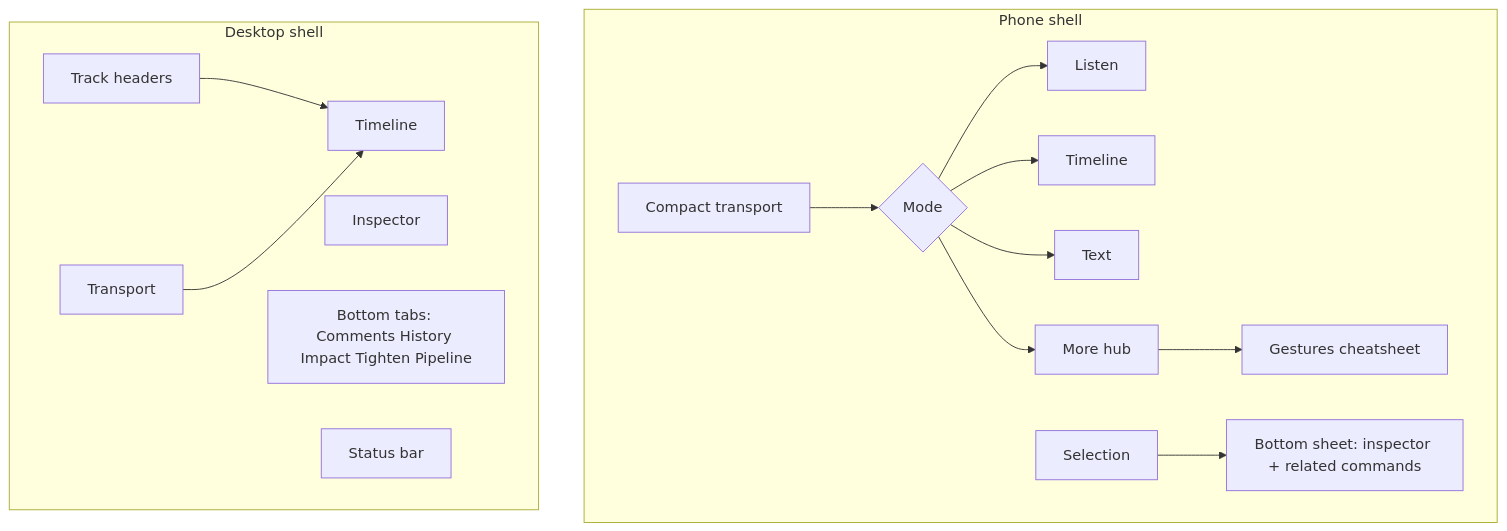
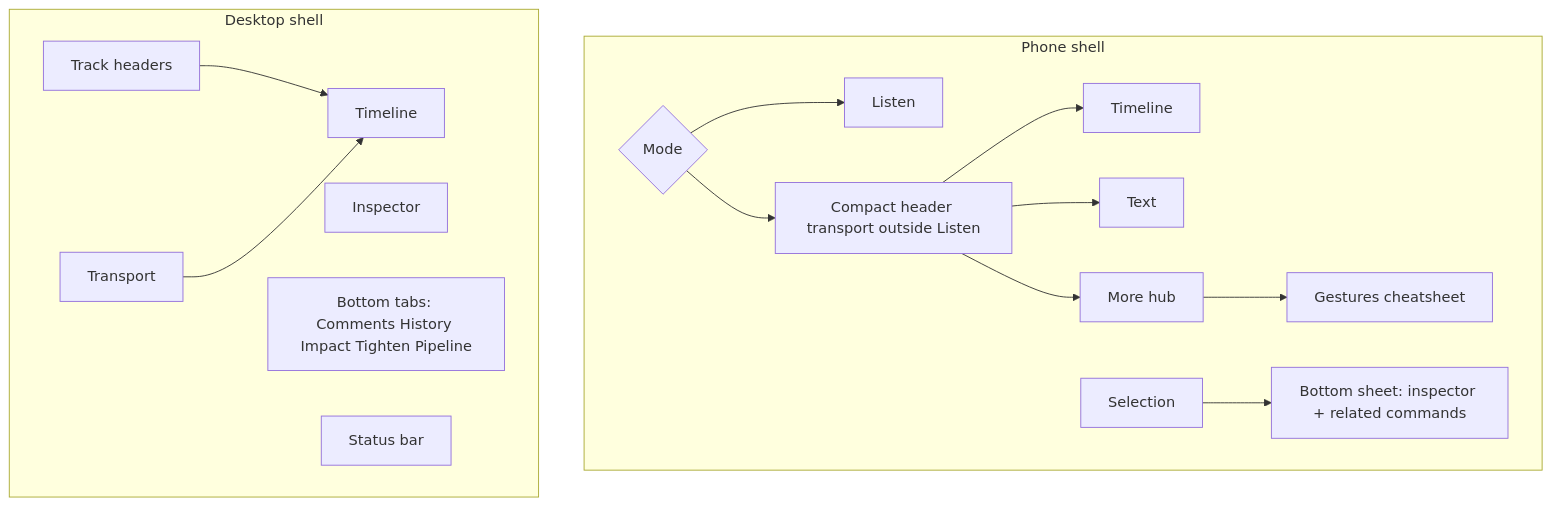
The first of 3 diagrams in ux/pages/screen-inventory.md (calebn/sharecut-studio), drawn with Mermaid before and after one commit. The commit also changed other lines of this file and 5 other files, not shown here.

````diff
--- a/ux/pages/screen-inventory.md
+++ b/ux/pages/screen-inventory.md
@@ -25,23 +25,22 @@
 ```mermaid
 flowchart TB
   subgraph phone [Phone shell]
-    T[Compact transport]
     M{Mode}
-    T --> M
     M --> L[Listen]
-    M --> TL[Timeline]
-    M --> TX[Text]
-    M --> MO[More hub]
+    M --> T[Compact header transport outside Listen]
+    T --> TL[Timeline]
+    T --> TX[Text]
+    T --> MO[More hub]
     MO --> G[Gestures cheatsheet]
     SEL[Selection] --> BS[Bottom sheet: inspector + related commands]
   end
 
   subgraph desktop [Desktop shell]
     TR[Transport]
     TH[Track headers] --> TIM[Timeline]
     TR --> TIM
     INS[Inspector]
     TAB[Bottom tabs: Comments History Impact Tighten Pipeline]
     ST[Status bar]
   end
 ```
````
